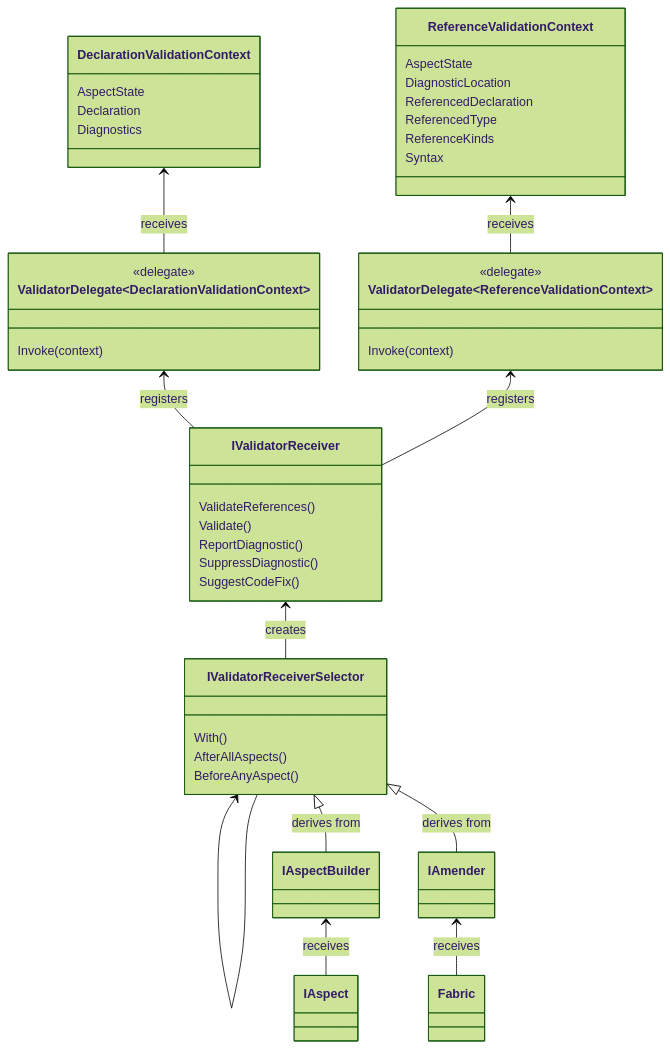
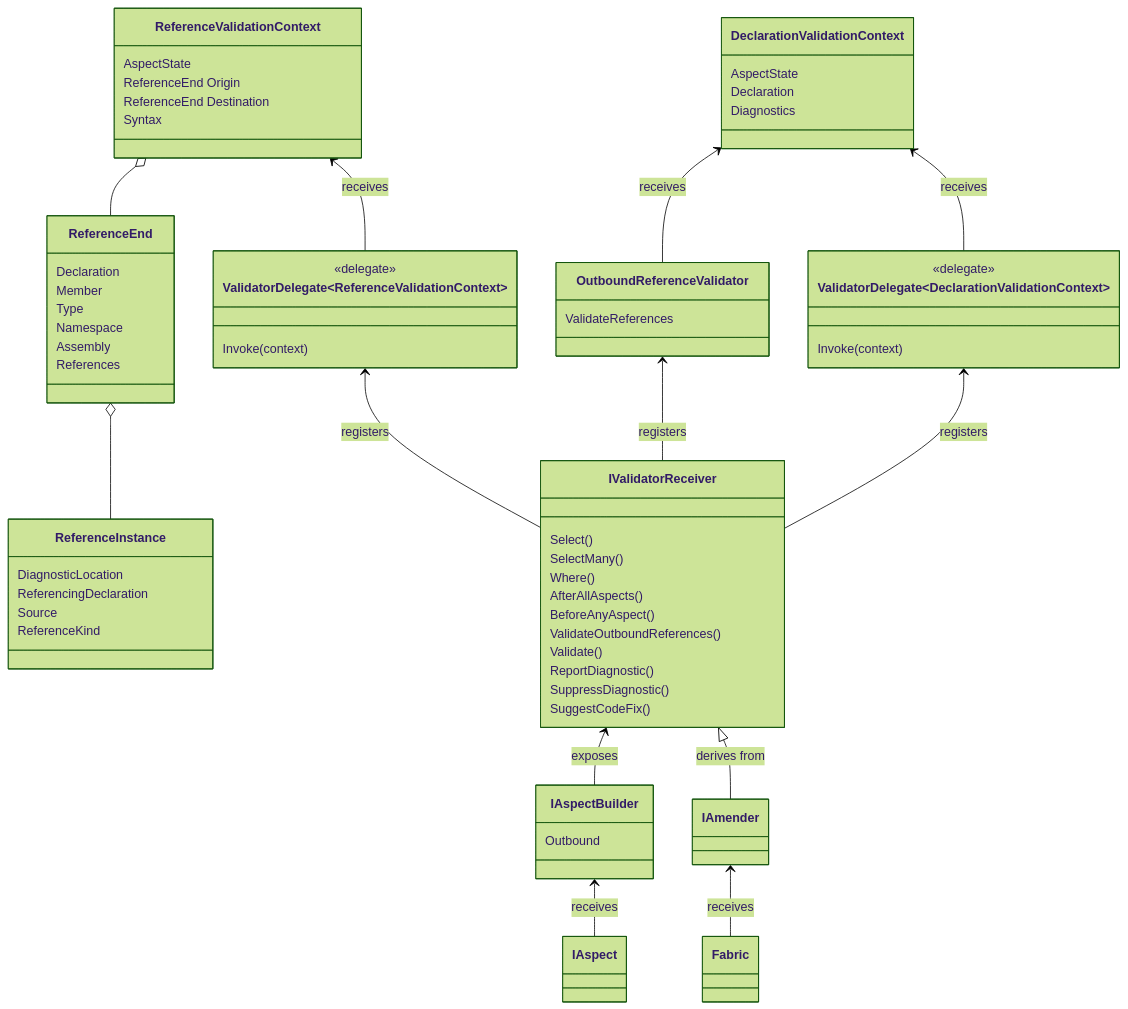
One commit to postsharp/Metalama.Documentation changed the diagram in overwrite/namespaces/Metalama.Framework.Validation.md. Above: the diagram before and after it, drawn with Mermaid (forest theme). The commit also changed other lines of this file and 15 other files, not shown here.

````diff
--- a/overwrite/namespaces/Metalama.Framework.Validation.md
+++ b/overwrite/namespaces/Metalama.Framework.Validation.md
@@ -30,58 +30,83 @@
 ```mermaid
 classDiagram
 
     class ValidatorDelegate~DeclarationValidationContext~{
         <<delegate>>
         Invoke(context)
     }
 
      class ` ValidatorDelegate~ReferenceValidationContext~`{
         <<delegate>>
         Invoke(context)
     }
 
     class DeclarationValidationContext {
         AspectState
         Declaration
         Diagnostics
     }
 
     class ReferenceValidationContext {
         AspectState
+        ReferenceEnd Origin
+        ReferenceEnd Destination
+        Syntax
+    }
+
+class OutboundReferenceValidator {
+    ValidateReferences
+}
+
+    class ReferenceEnd {
+        Declaration
+        Member
+        Type
+        Namespace
+        Assembly
+        References
+    }
+
+    class ReferenceInstance {
         DiagnosticLocation
-        ReferencedDeclaration
-        ReferencedType
-        ReferenceKinds
-        Syntax
+        ReferencingDeclaration
+        Source
+        ReferenceKind
     }
 
 
     class IValidatorReceiver {
-        ValidateReferences()
+        Select()
+        SelectMany()
+        Where()
+        AfterAllAspects()
+        BeforeAnyAspect()
+        ValidateOutboundReferences()
         Validate()
         ReportDiagnostic()
         SuppressDiagnostic()
         SuggestCodeFix()
     }
 
+    class IAspectBuilder {
+    Outbound
+    }
+
     ValidatorDelegate~DeclarationValidationContext~ <-- IValidatorReceiver : registers
     ` ValidatorDelegate~ReferenceValidationContext~` <-- IValidatorReceiver : registers
+    OutboundReferenceValidator <-- IValidatorReceiver : registers
 
-DeclarationValidationContext <-- ValidatorDelegate~DeclarationValidationContext~  : receives
+    DeclarationValidationContext <-- ValidatorDelegate~DeclarationValidationContext~  : receives
+    DeclarationValidationContext <-- OutboundReferenceValidator : receives
     ReferenceValidationContext <-- ` ValidatorDelegate~ReferenceValidationContext~` : receives
+    ReferenceValidationContext o-- ReferenceEnd
+    ReferenceEnd o-- ReferenceInstance
 
-    class IValidatorReceiverSelector {
-        With()
-        AfterAllAspects()
-        BeforeAnyAspect()
-    }
 
-    IValidatorReceiver <-- IValidatorReceiverSelector : creates
-    IValidatorReceiverSelector <-- IValidatorReceiverSelector
 
-    IValidatorReceiverSelector <|-- IAspectBuilder : derives from
-    IValidatorReceiverSelector <|-- IAmender : derives from
+    IValidatorReceiver <|-- IAmender : derives from
     IAspectBuilder <-- IAspect : receives
     IAmender <-- Fabric : receives
+     IValidatorReceiver <-- IAspectBuilder : exposes
+
 
 ```
````
